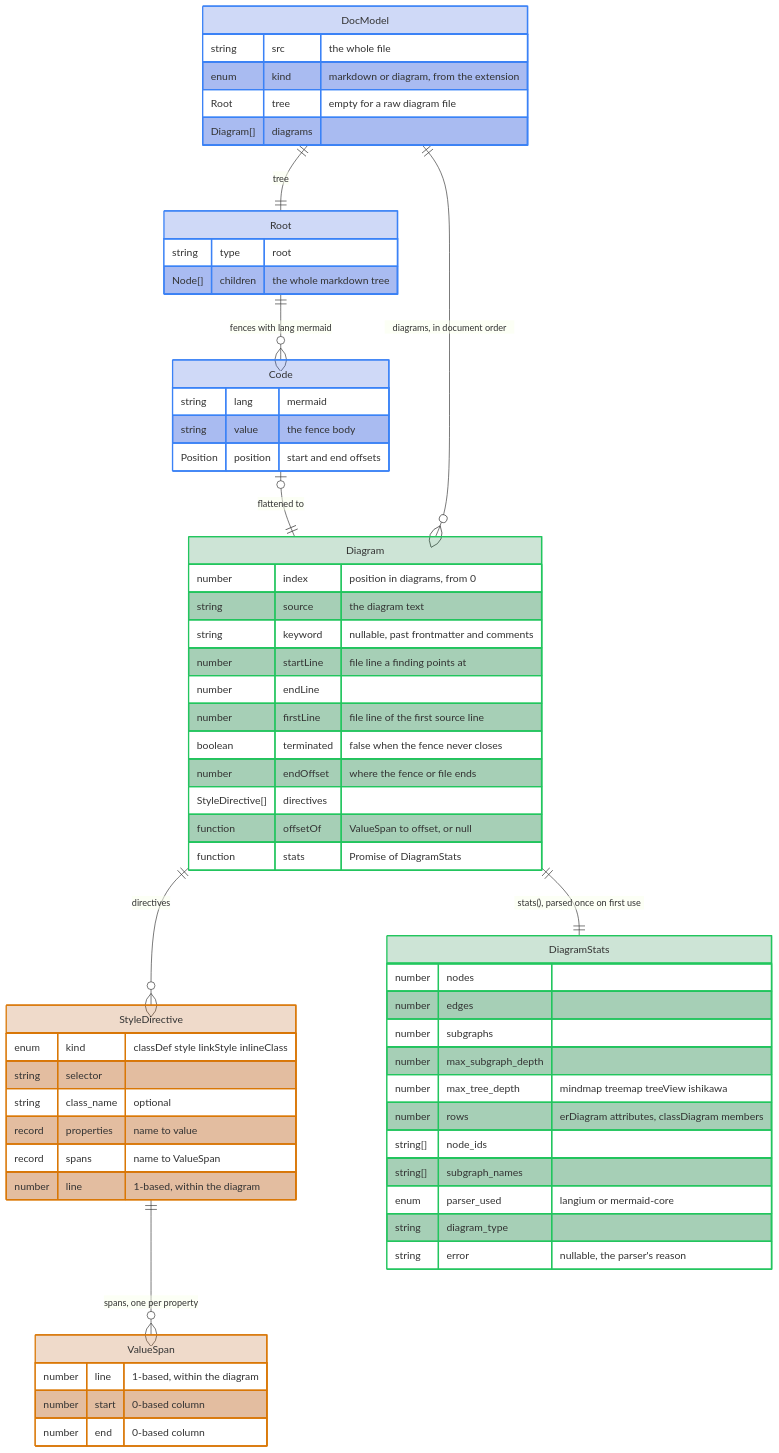
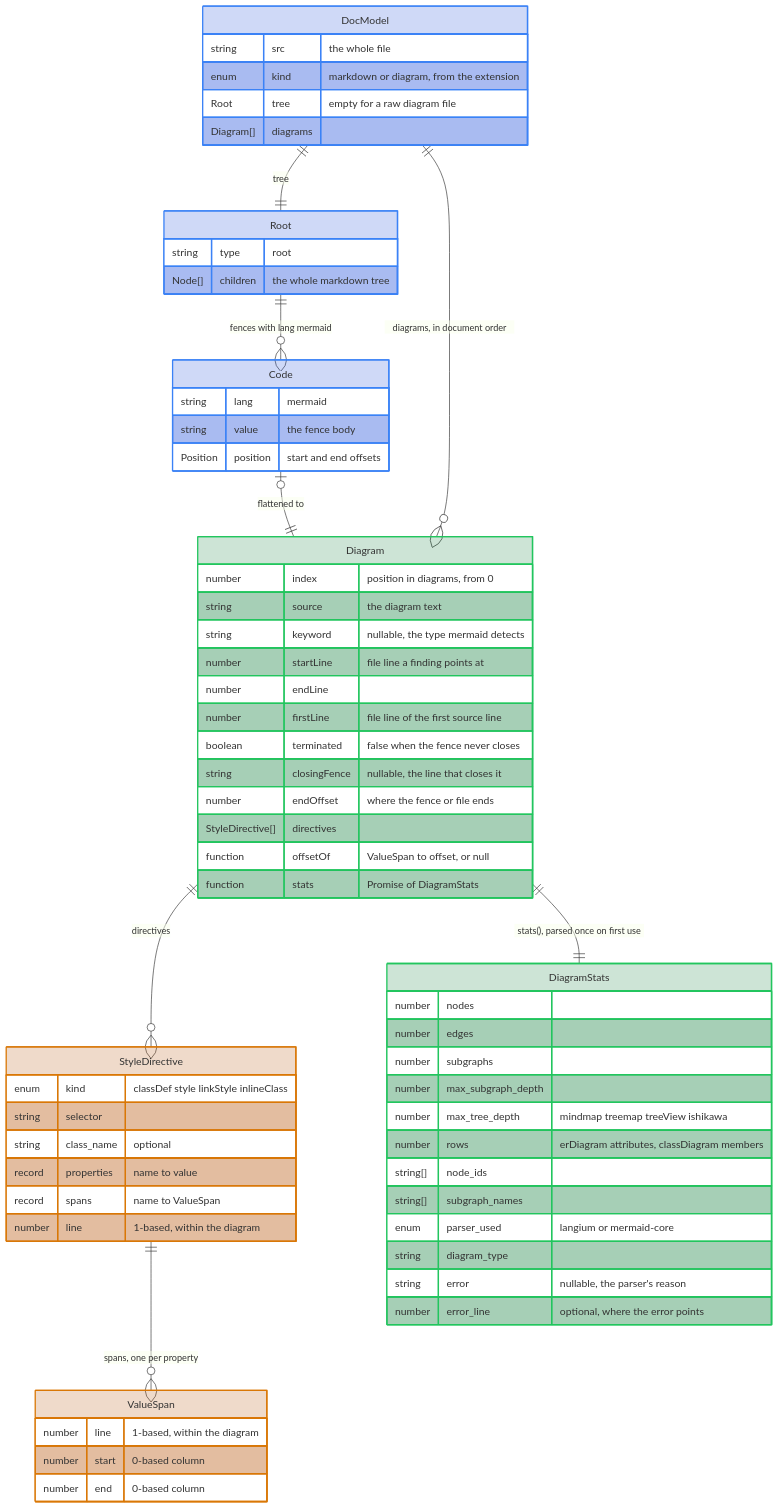
Before and after one commit to jpeakai/jpai-mermaidjs-lint: the fourth of 16 diagrams in docs/DATA_MODEL.md, drawn with Mermaid. The commit also changed 26 other files, not shown here.

First line of the commit message:
Read diagram type, fences and parser errors from the parsers, not the text

````diff
--- a/docs/DATA_MODEL.md
+++ b/docs/DATA_MODEL.md
@@ -121,72 +121,74 @@
 ```mermaid
 erDiagram
     DocModel ||--|| Root : "tree"
     Root ||--o{ Code : "fences with lang mermaid"
     Code |o--|| Diagram : "flattened to"
     DocModel ||--o{ Diagram : "diagrams, in document order"
     Diagram ||--o{ StyleDirective : "directives"
     StyleDirective ||--o{ ValueSpan : "spans, one per property"
     Diagram ||--|| DiagramStats : "stats(), parsed once on first use"
 
     DocModel {
         string src "the whole file"
         enum kind "markdown or diagram, from the extension"
         Root tree "empty for a raw diagram file"
         Diagram[] diagrams
     }
     Root {
         string type "root"
         Node[] children "the whole markdown tree"
     }
     Code {
         string lang "mermaid"
         string value "the fence body"
         Position position "start and end offsets"
     }
     Diagram {
         number index "position in diagrams, from 0"
         string source "the diagram text"
-        string keyword "nullable, past frontmatter and comments"
+        string keyword "nullable, the type mermaid detects"
         number startLine "file line a finding points at"
         number endLine
         number firstLine "file line of the first source line"
         boolean terminated "false when the fence never closes"
+        string closingFence "nullable, the line that closes it"
         number endOffset "where the fence or file ends"
         StyleDirective[] directives
         function offsetOf "ValueSpan to offset, or null"
         function stats "Promise of DiagramStats"
     }
     StyleDirective {
         enum kind "classDef style linkStyle inlineClass"
         string selector
         string class_name "optional"
         record properties "name to value"
         record spans "name to ValueSpan"
         number line "1-based, within the diagram"
     }
     ValueSpan {
         number line "1-based, within the diagram"
         number start "0-based column"
         number end "0-based column"
     }
     DiagramStats {
         number nodes
         number edges
         number subgraphs
         number max_subgraph_depth
         number max_tree_depth "mindmap treemap treeView ishikawa"
         number rows "erDiagram attributes, classDiagram members"
         string[] node_ids
         string[] subgraph_names
         enum parser_used "langium or mermaid-core"
         string diagram_type
         string error "nullable, the parser's reason"
+        number error_line "optional, where the error points"
     }
 
     classDef docTint fill:#1d4ed836,stroke:#3b82f6,stroke-width:2px
     classDef diagramTint fill:#15803d36,stroke:#22c55e,stroke-width:2px
     classDef styleTint fill:#b4530936,stroke:#d97706,stroke-width:2px
     class DocModel,Root,Code docTint
     class Diagram,DiagramStats diagramTint
     class StyleDirective,ValueSpan styleTint
 ```
````
